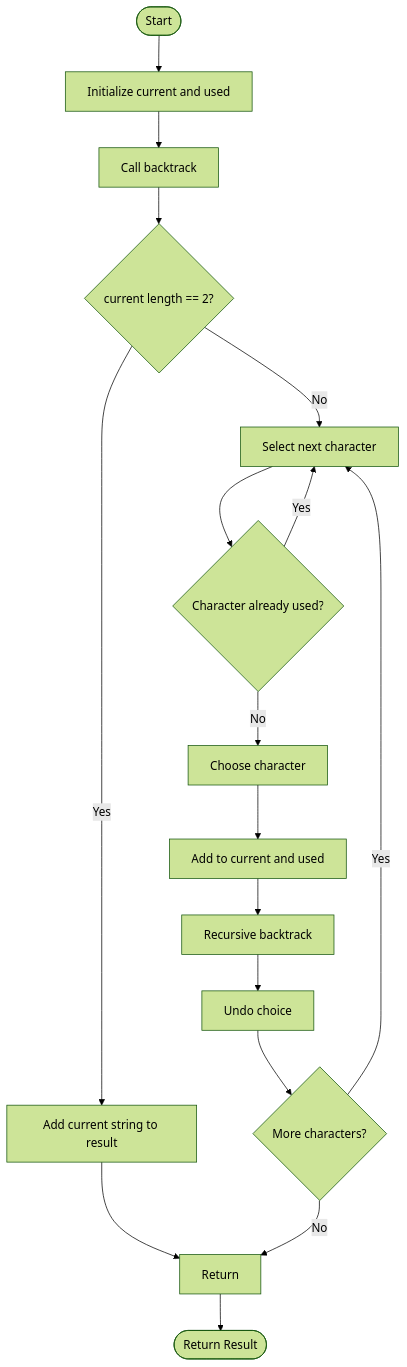
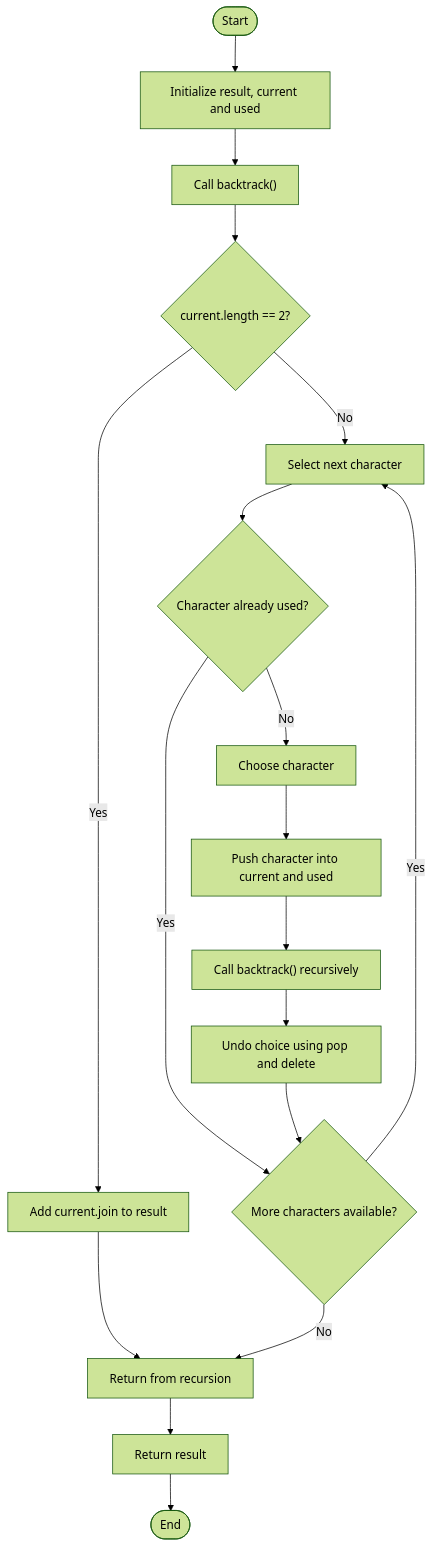
One commit to accio-hyd/JS2-test-questions changed the ninth of 11 diagrams in README.md. Above: the diagram before and after it, drawn with Mermaid (forest theme). The commit also changed other lines of this file, not shown here.

````diff
--- a/README.md
+++ b/README.md
@@ -989,19 +992,20 @@
 ```mermaid
 flowchart TD
-    A([Start]) --> B[Initialize current and used]
-    B --> C[Call backtrack]
-    C --> D{current length == 2?}
-    D -- Yes --> E[Add current string to result]
-    E --> F[Return]
-    D -- No --> G[Select next character]
-    G --> H{Character already used?}
-    H -- Yes --> G
-    H -- No --> I[Choose character]
-    I --> J[Add to current and used]
-    J --> K[Recursive backtrack]
-    K --> L[Undo choice]
-    L --> M{More characters?}
-    M -- Yes --> G
-    M -- No --> F
-    F --> N([Return Result])
+    A([Start]) --> B["Initialize result, current and used"]
+    B --> C["Call backtrack()"]
+    C --> D{"current.length == 2?"}
+    D -->|Yes| E["Add current.join to result"]
+    E --> F["Return from recursion"]
+    D -->|No| G["Select next character"]
+    G --> H{"Character already used?"}
+    H -->|Yes| M{"More characters available?"}
+    H -->|No| I["Choose character"]
+    I --> J["Push character into current and used"]
+    J --> K["Call backtrack() recursively"]
+    K --> L["Undo choice using pop and delete"]
+    L --> M
+    M -->|Yes| G
+    M -->|No| F
+    F --> N["Return result"]
+    N --> O([End])
 ```
````
